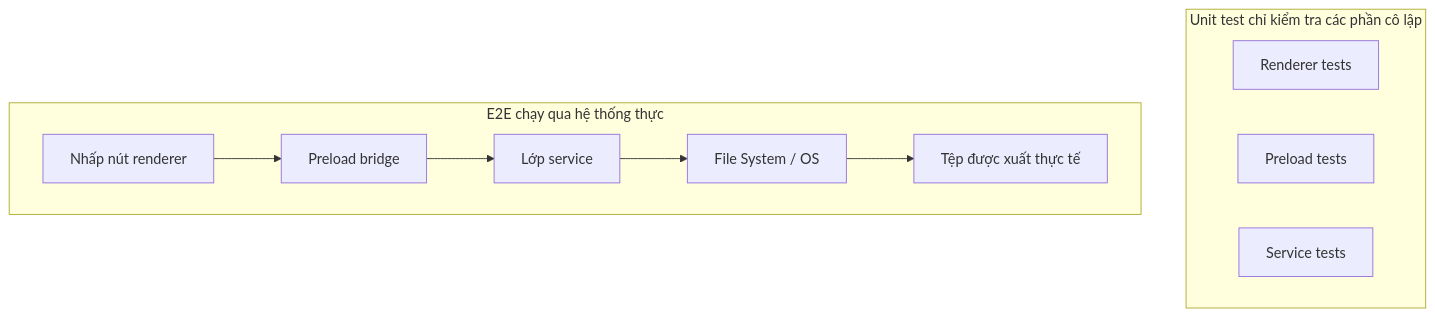
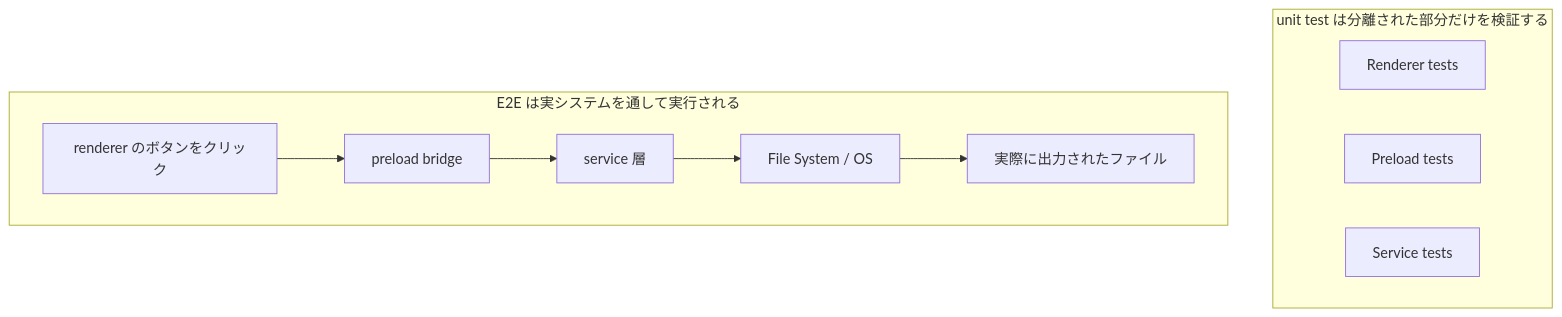
One commit to mkusaka/learn-harness-engineering changed the first of 2 diagrams in docs/vi/lectures/lecture-10-why-end-to-end-testing-changes-results/index.md. Above: the diagram before and after it, drawn with Mermaid. The commit also changed other lines of this file and 571 other files, not shown here.

````diff
--- a/docs/vi/lectures/lecture-10-why-end-to-end-testing-changes-results/index.md
+++ b/docs/vi/lectures/lecture-10-why-end-to-end-testing-changes-results/index.md
@@ -36,15 +36,15 @@
 ```mermaid
 flowchart TB
-    subgraph Unit["Unit test chỉ kiểm tra các phần cô lập"]
+    subgraph Unit["unit test は分離された部分だけを検証する"]
     U1["Renderer tests"]
     U2["Preload tests"]
     U3["Service tests"]
     end
 
-    subgraph E2E["E2E chạy qua hệ thống thực"]
-    R["Nhấp nút renderer"] --> P["Preload bridge"]
-    P --> S["Lớp service"]
+    subgraph E2E["E2E は実システムを通して実行される"]
+    R["renderer のボタンをクリック"] --> P["preload bridge"]
+    P --> S["service 層"]
     S --> F["File System / OS"]
-    F --> Result["Tệp được xuất thực tế"]
+    F --> Result["実際に出力されたファイル"]
     end
 ```
````
